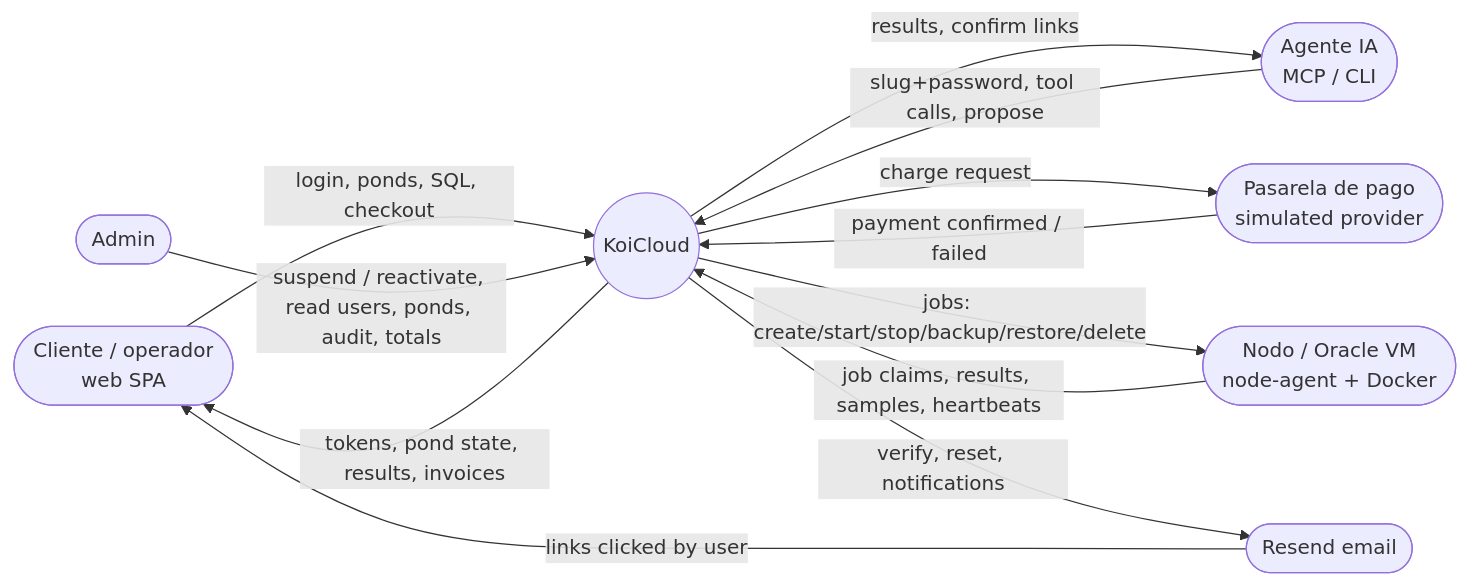
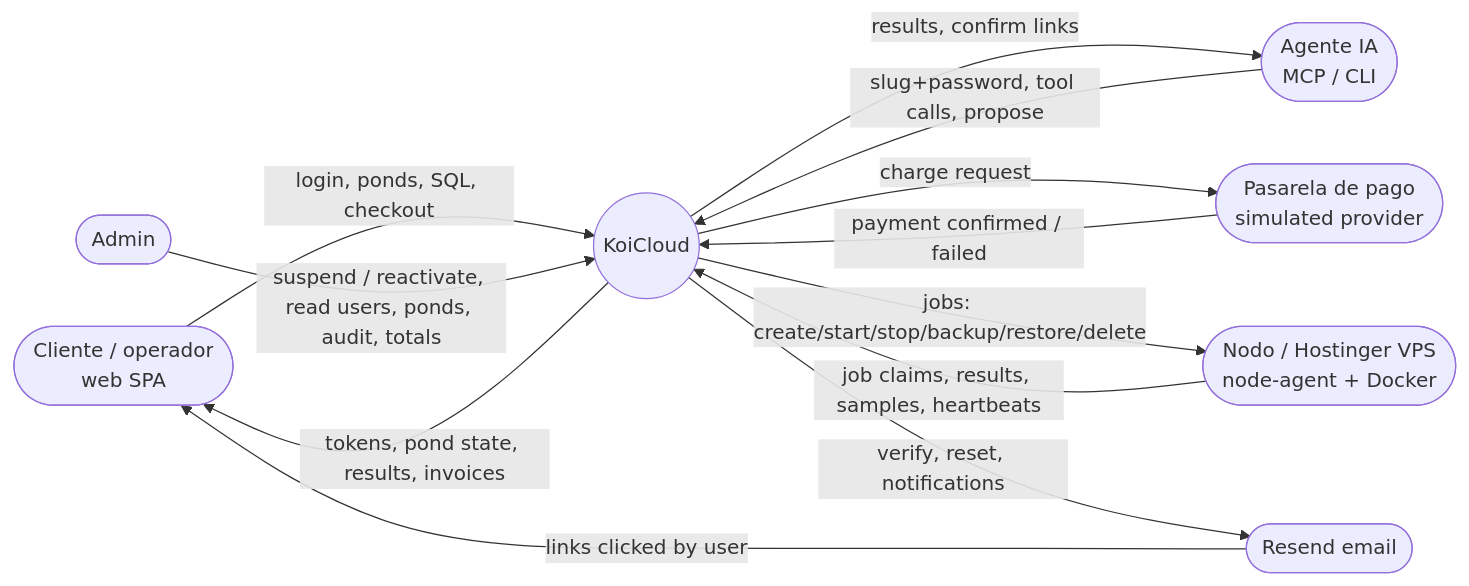
One commit to carloshugoeg/koicloud changed the first of 2 diagrams in docs/statechart/system.md. Above: the diagram before and after it, drawn with Mermaid. The commit also changed 51 other files, not shown here.

````diff
--- a/docs/statechart/system.md
+++ b/docs/statechart/system.md
@@ -7,15 +7,15 @@
 ```mermaid
 flowchart LR
   U([Cliente / operador<br/>web SPA]) -- login, ponds, SQL, checkout --> K((KoiCloud))
   K -- tokens, pond state, results, invoices --> U
   A([Agente IA<br/>MCP / CLI]) -- slug+password, tool calls, propose --> K
   K -- results, confirm links --> A
   AD([Admin]) -- suspend / reactivate, read users, ponds, audit, totals --> K
   P([Pasarela de pago<br/>simulated provider]) -- payment confirmed / failed --> K
   K -- charge request --> P
-  N([Nodo / Oracle VM<br/>node-agent + Docker]) -- job claims, results, samples, heartbeats --> K
+  N([Nodo / Hostinger VPS<br/>node-agent + Docker]) -- job claims, results, samples, heartbeats --> K
   K -- jobs: create/start/stop/backup/restore/delete --> N
   E([Resend email]) 
   K -- verify, reset, notifications --> E
   E -- links clicked by user --> U
 ```
````
